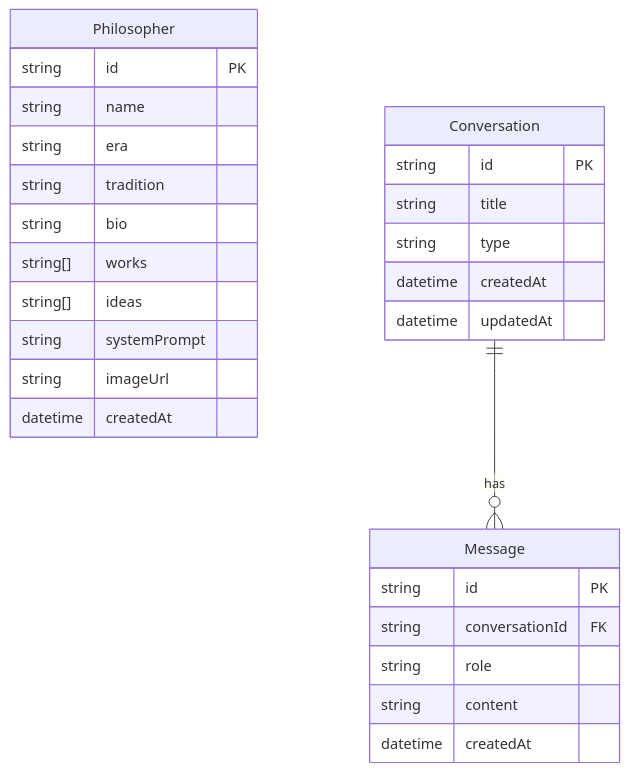
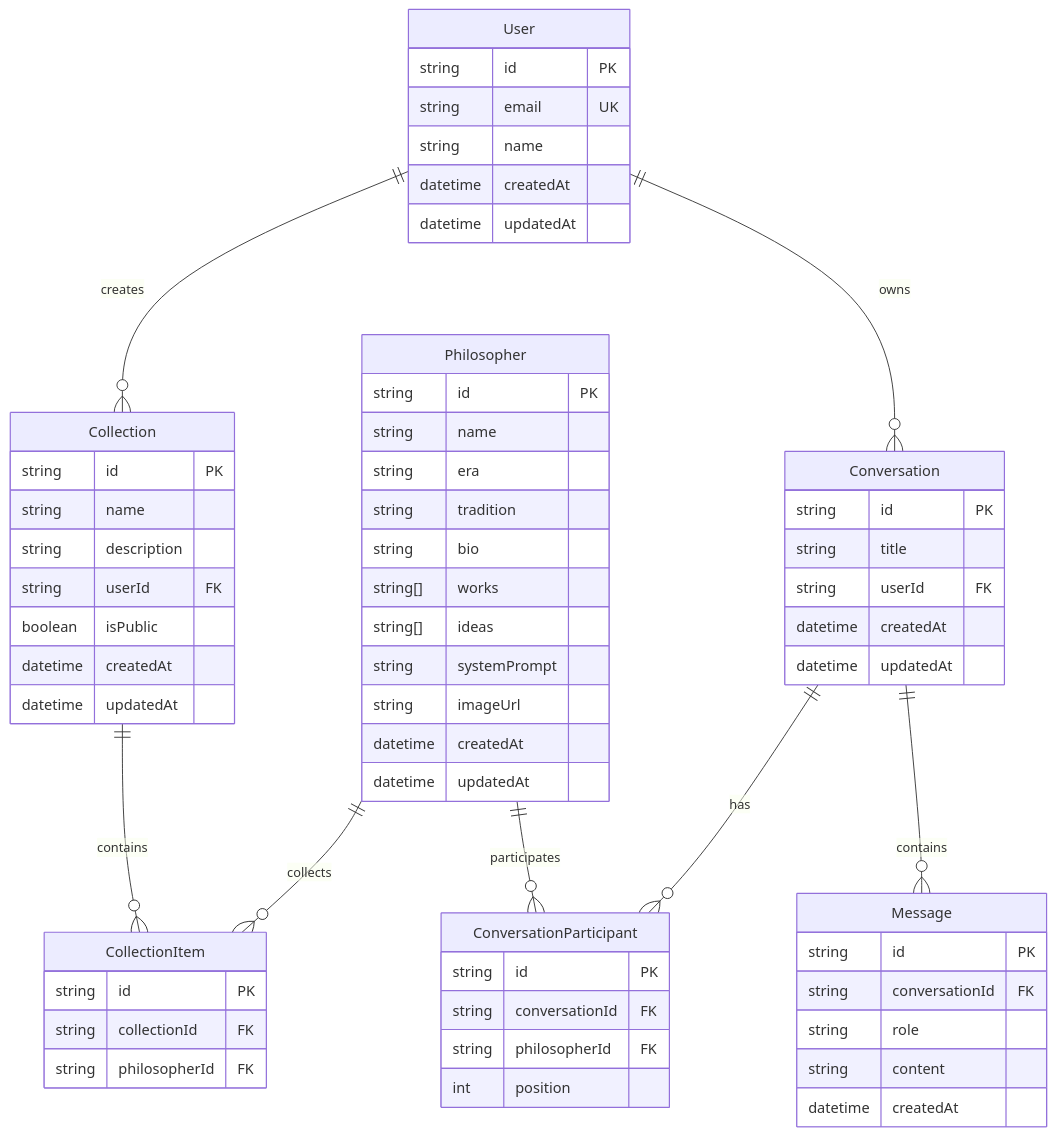
The third of 3 diagrams in README.md (zihanlim/ai-phi), drawn with Mermaid before and after one commit. The commit also changed other lines of this file and 4 other files, not shown here.

````diff
--- a/README.md
+++ b/README.md
@@ -218,33 +290,71 @@
 ```mermaid
 erDiagram
+    User {
+        string id PK
+        string email UK
+        string name
+        datetime createdAt
+        datetime updatedAt
+    }
+
     Philosopher {
         string id PK
         string name
         string era
         string tradition
         string bio
         string[] works
         string[] ideas
         string systemPrompt
         string imageUrl
         datetime createdAt
+        datetime updatedAt
     }
 
     Conversation {
         string id PK
         string title
-        string type
+        string userId FK
         datetime createdAt
         datetime updatedAt
+    }
+
+    ConversationParticipant {
+        string id PK
+        string conversationId FK
+        string philosopherId FK
+        int position
     }
 
     Message {
         string id PK
         string conversationId FK
         string role
         string content
         datetime createdAt
     }
 
-    Conversation ||--o{ Message : "has"
+    Collection {
+        string id PK
+        string name
+        string description
+        string userId FK
+        boolean isPublic
+        datetime createdAt
+        datetime updatedAt
+    }
+
+    CollectionItem {
+        string id PK
+        string collectionId FK
+        string philosopherId FK
+    }
+
+    User ||--o{ Conversation : "owns"
+    User ||--o{ Collection : "creates"
+    Philosopher ||--o{ ConversationParticipant : "participates"
+    Conversation ||--o{ ConversationParticipant : "has"
+    Conversation ||--o{ Message : "contains"
+    Collection ||--o{ CollectionItem : "contains"
+    Philosopher ||--o{ CollectionItem : "collects"
 ```
````
